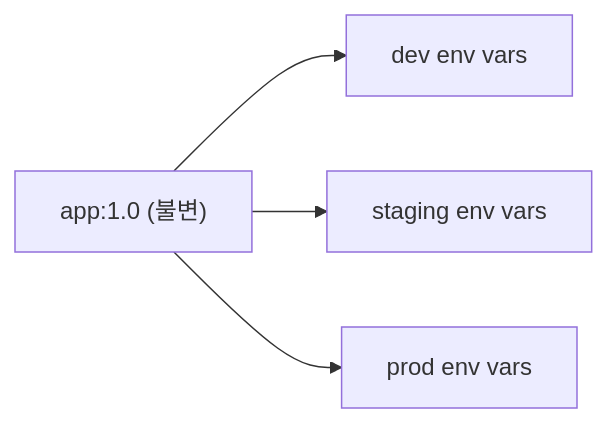
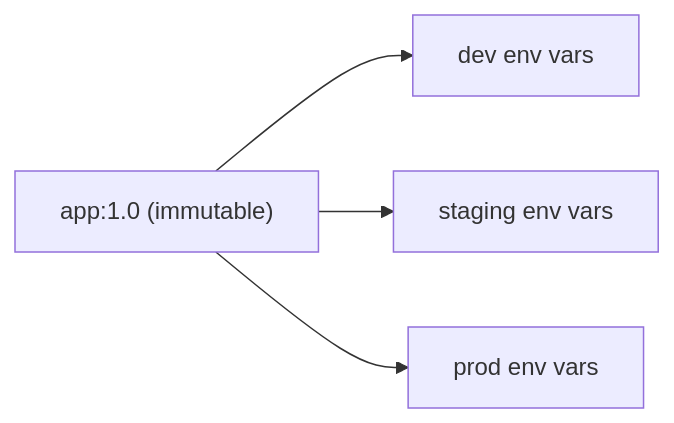
The diagram in content/docker-101/ko/06-env-and-config.md (yeongseon-books/book-content), drawn with Mermaid before and after one commit. The commit also changed other lines of this file and 9 other files, not shown here.

````diff
--- a/content/docker-101/ko/06-env-and-config.md
+++ b/content/docker-101/ko/06-env-and-config.md
@@ -35,6 +49,6 @@
 ```mermaid
 flowchart LR
-    Image["app:1.0 (불변)"] --> Dev["dev env vars"]
+    Image["app:1.0 (immutable)"] --> Dev["dev env vars"]
     Image --> Stg["staging env vars"]
     Image --> Prd["prod env vars"]
 ```
````
